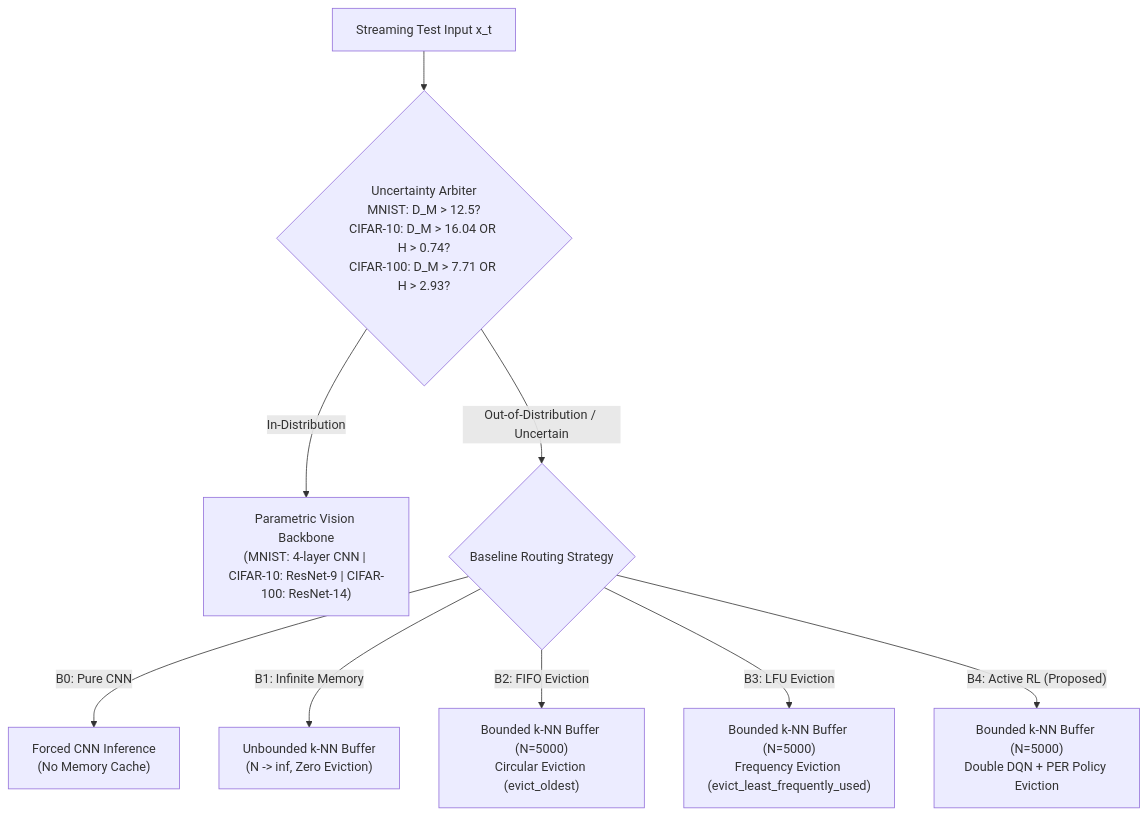
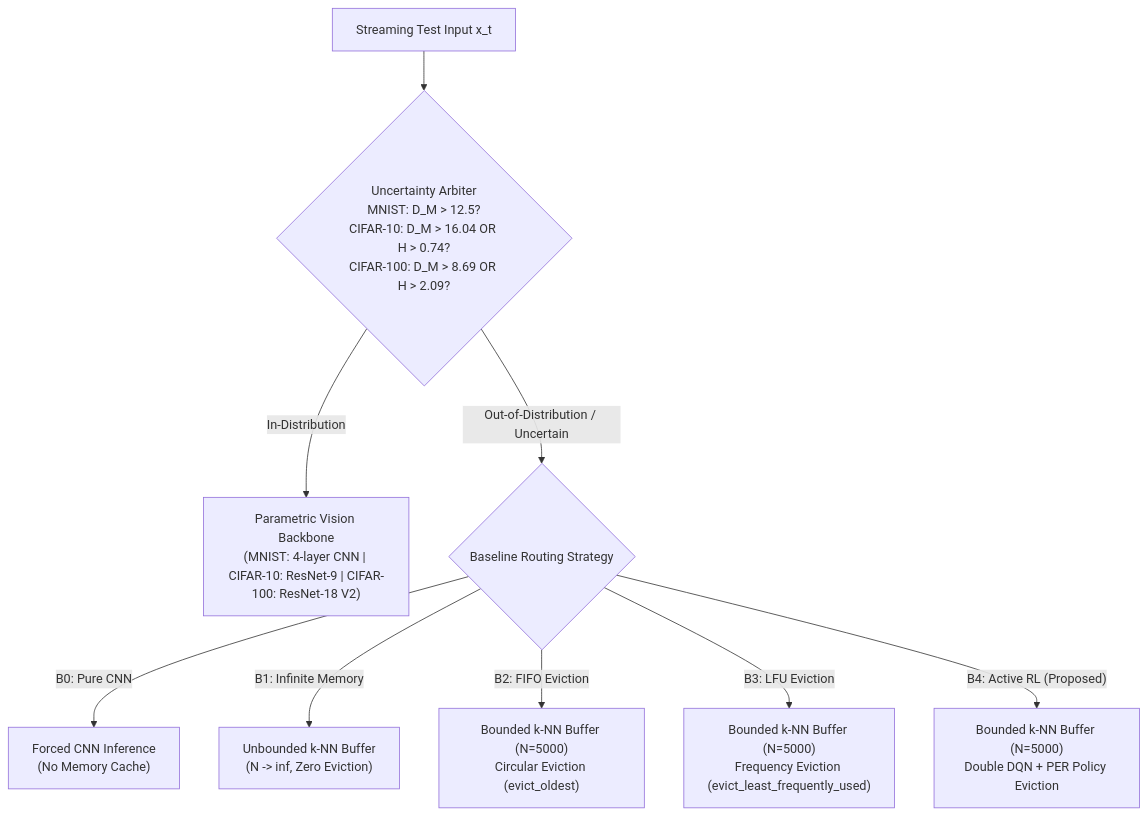
Before and after one commit to Santiago-1211173/projeto-cnn: the diagram in docs/guides/evaluation.md, drawn with Mermaid. The commit also changed other lines of this file and 18 other files, not shown here.

Commit message:
docs: add comprehensive documentation and architecture guides for CIFAR-100 implementation

````diff
--- a/docs/guides/evaluation.md
+++ b/docs/guides/evaluation.md
@@ -20,14 +20,14 @@
 ```mermaid
 flowchart TD
-    INPUT["Streaming Test Input x_t"] --> OOD{"Uncertainty Arbiter<br>MNIST: D_M > 12.5?<br>CIFAR-10: D_M > 16.04 OR H > 0.74?<br>CIFAR-100: D_M > 7.71 OR H > 2.93?"}
+    INPUT["Streaming Test Input x_t"] --> OOD{"Uncertainty Arbiter<br>MNIST: D_M > 12.5?<br>CIFAR-10: D_M > 16.04 OR H > 0.74?<br>CIFAR-100: D_M > 8.69 OR H > 2.09?"}
     
-    OOD -- "In-Distribution" --> CNN["Parametric Vision Backbone<br>(MNIST: 4-layer CNN | CIFAR-10: ResNet-9 | CIFAR-100: ResNet-14)"]
+    OOD -- "In-Distribution" --> CNN["Parametric Vision Backbone<br>(MNIST: 4-layer CNN | CIFAR-10: ResNet-9 | CIFAR-100: ResNet-18 V2)"]
     
     OOD -- "Out-of-Distribution / Uncertain" --> ROUTE{Baseline Routing Strategy}
     
     ROUTE -->|"B0: Pure CNN"| CNN_FALLBACK["Forced CNN Inference<br>(No Memory Cache)"]
     ROUTE -->|"B1: Infinite Memory"| MEM_INF["Unbounded k-NN Buffer<br>(N -> inf, Zero Eviction)"]
     ROUTE -->|"B2: FIFO Eviction"| MEM_FIFO["Bounded k-NN Buffer (N=5000)<br>Circular Eviction (evict_oldest)"]
     ROUTE -->|"B3: LFU Eviction"| MEM_LFU["Bounded k-NN Buffer (N=5000)<br>Frequency Eviction (evict_least_frequently_used)"]
     ROUTE -->|"B4: Active RL (Proposed)"| MEM_RL["Bounded k-NN Buffer (N=5000)<br>Double DQN + PER Policy Eviction"]
 ```
````
